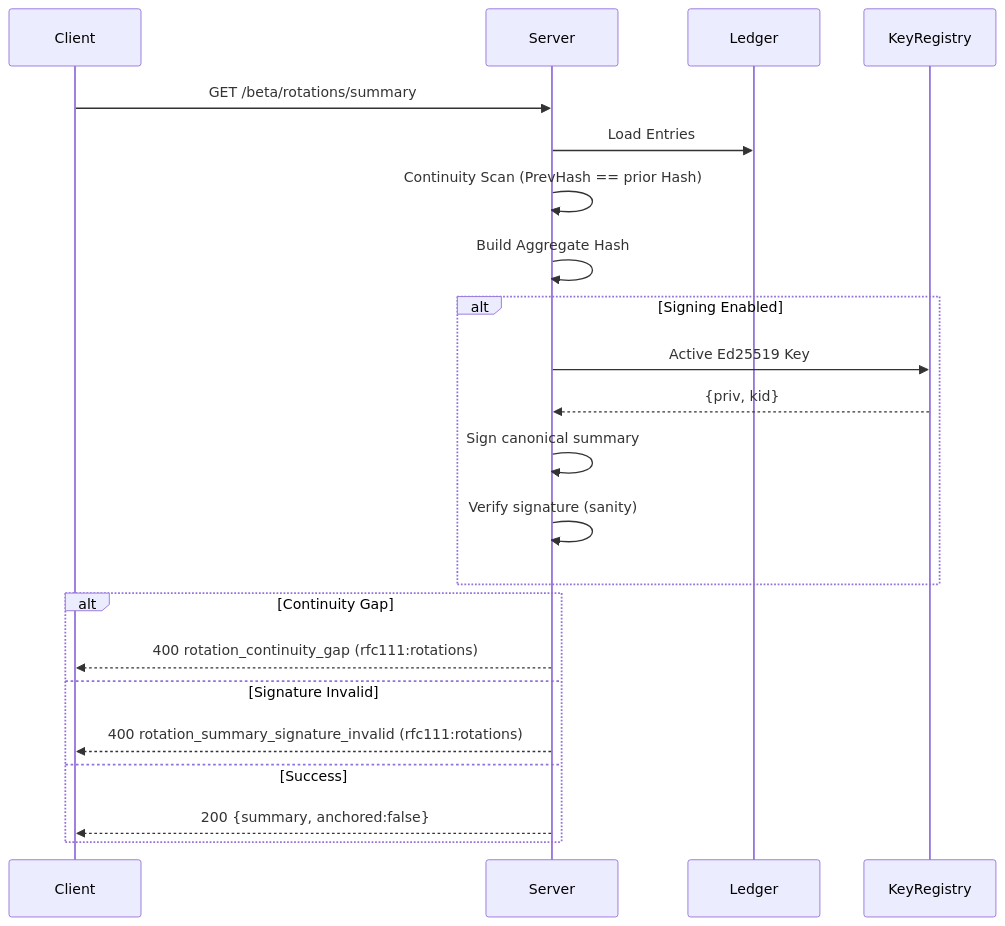
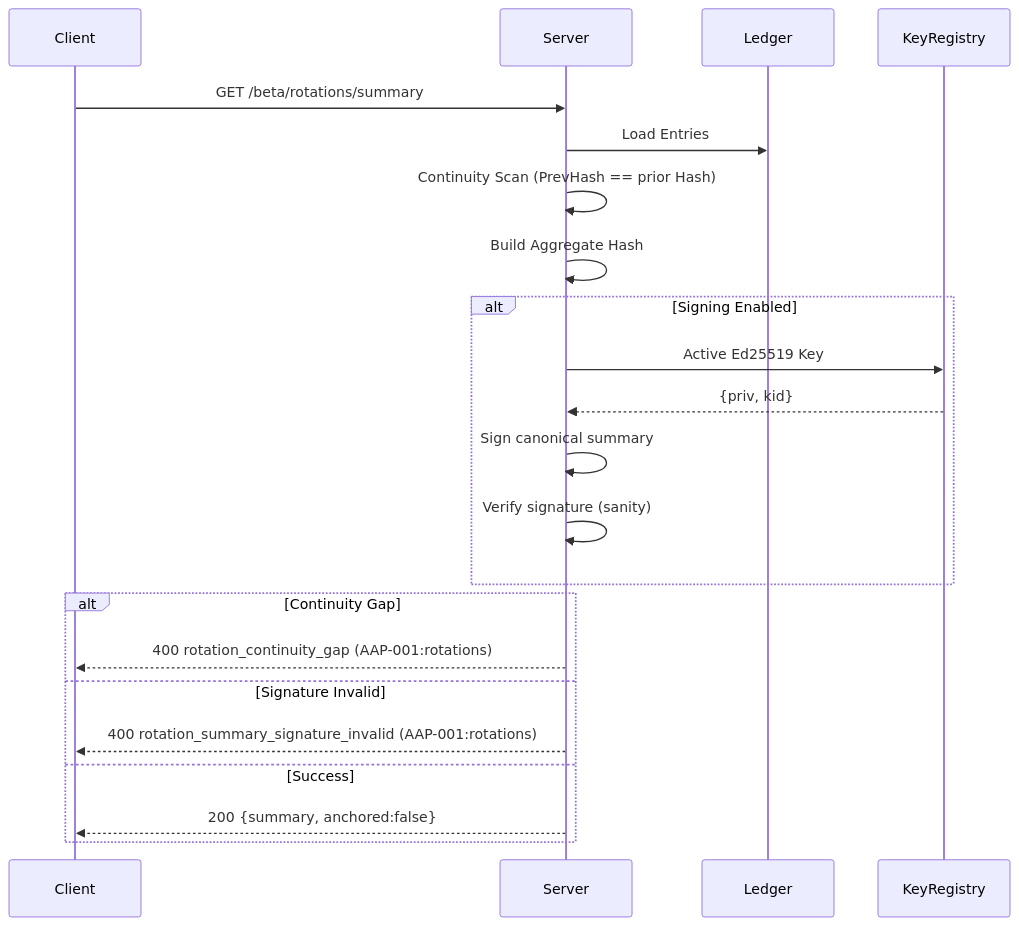
Before and after one commit to mauriciomferz/Gauth_go: the fifth of 14 diagrams in docs/diagrams.md, drawn with Mermaid. The commit also changed other lines of this file and 305 other files, not shown here.

````diff
--- a/docs/diagrams.md
+++ b/docs/diagrams.md
@@ -80,23 +80,23 @@
 ```mermaid
 sequenceDiagram
   participant Client
   participant Server
   participant Ledger
   Client->>Server: GET /beta/rotations/summary
   Server->>Ledger: Load Entries
   Server->>Server: Continuity Scan (PrevHash == prior Hash)
   Server->>Server: Build Aggregate Hash
   alt Signing Enabled
     Server->>KeyRegistry: Active Ed25519 Key
     KeyRegistry-->>Server: {priv, kid}
     Server->>Server: Sign canonical summary
     Server->>Server: Verify signature (sanity)
   end
   alt Continuity Gap
-    Server-->>Client: 400 rotation_continuity_gap (rfc111:rotations)
+    Server-->>Client: 400 rotation_continuity_gap (AAP-001:rotations)
   else Signature Invalid
-    Server-->>Client: 400 rotation_summary_signature_invalid (rfc111:rotations)
+    Server-->>Client: 400 rotation_summary_signature_invalid (AAP-001:rotations)
   else Success
     Server-->>Client: 200 {summary, anchored:false}
   end
 ```
````
